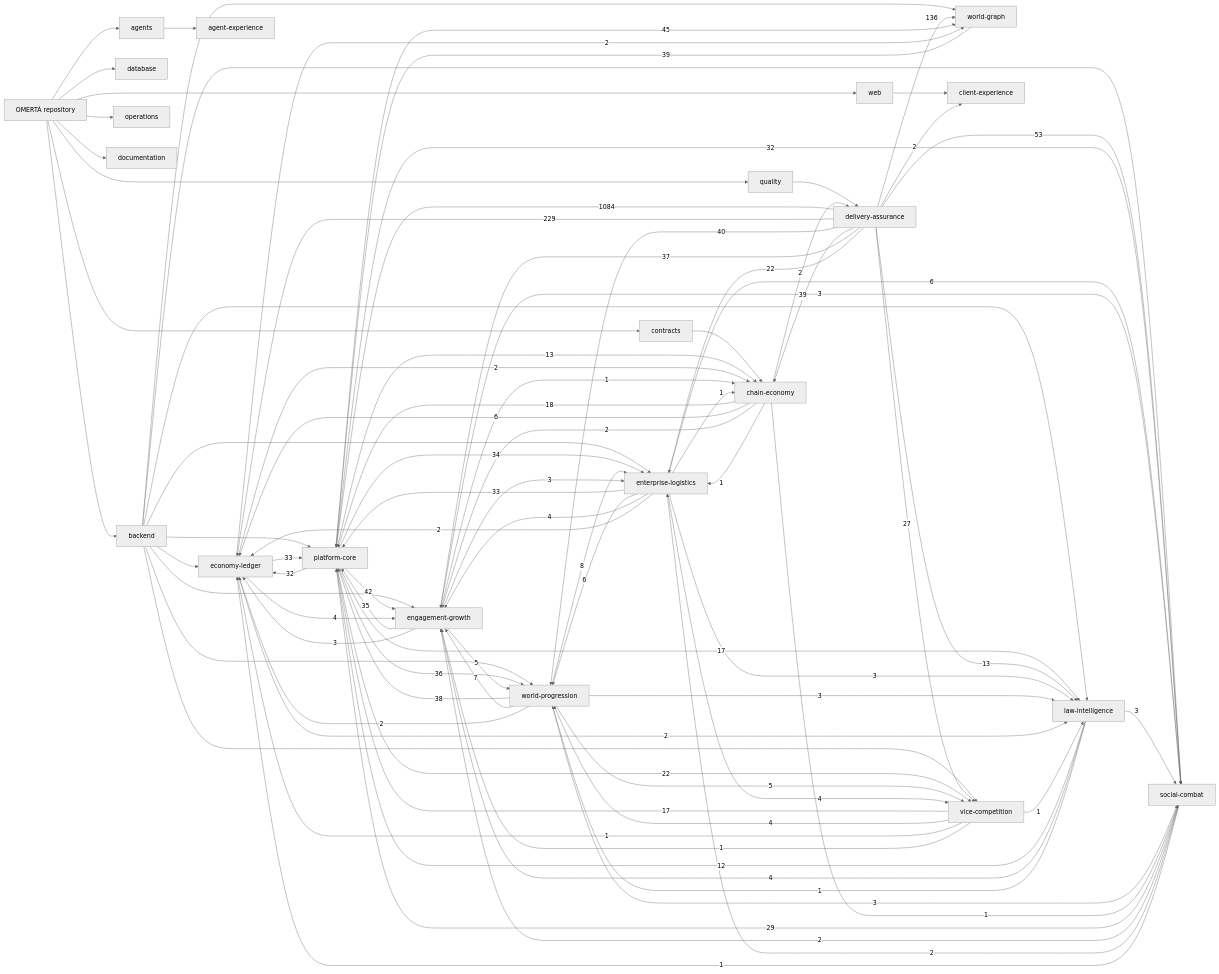
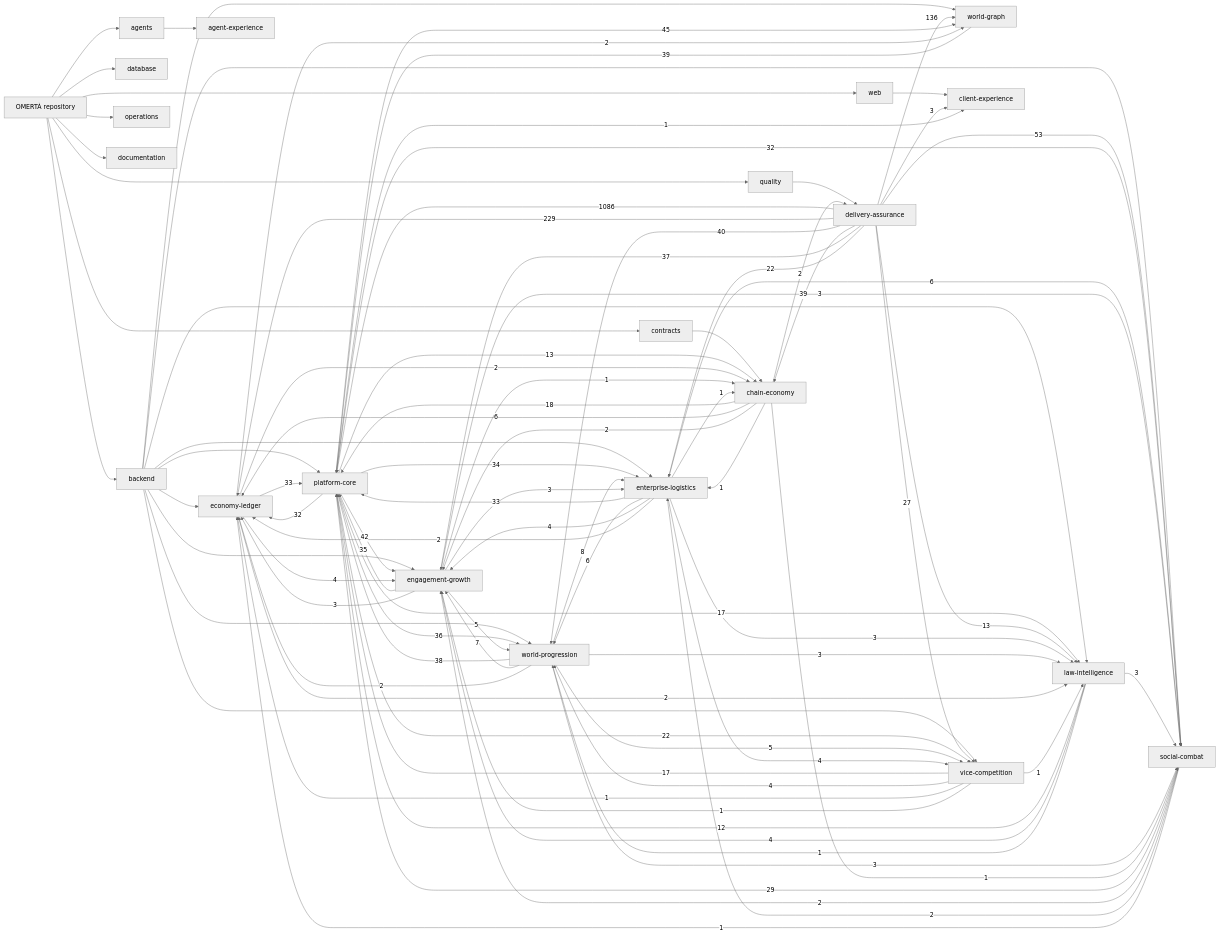
Before and after one commit to OmertaDev/Omerta: the diagram in knowledge/generated/graph.mmd, drawn with Mermaid (neutral theme). The commit also changed 6 other files, not shown here.

```diff
--- a/knowledge/generated/graph.mmd
+++ b/knowledge/generated/graph.mmd
@@ -1,110 +1,111 @@
 flowchart LR
   repo["OMERTÀ repository"]
   sub_backend["backend"]
   repo --> sub_backend
   sub_database["database"]
   repo --> sub_database
   sub_web["web"]
   repo --> sub_web
   sub_contracts["contracts"]
   repo --> sub_contracts
   sub_agents["agents"]
   repo --> sub_agents
   sub_quality["quality"]
   repo --> sub_quality
   sub_operations["operations"]
   repo --> sub_operations
   sub_documentation["documentation"]
   repo --> sub_documentation
   dom_platform-core["platform-core"]
   dom_economy-ledger["economy-ledger"]
   dom_social-combat["social-combat"]
   dom_world-progression["world-progression"]
   dom_world-graph["world-graph"]
   dom_enterprise-logistics["enterprise-logistics"]
   dom_vice-competition["vice-competition"]
   dom_law-intelligence["law-intelligence"]
   dom_chain-economy["chain-economy"]
   dom_engagement-growth["engagement-growth"]
   dom_client-experience["client-experience"]
   dom_agent-experience["agent-experience"]
   dom_delivery-assurance["delivery-assurance"]
   sub_agents --> dom_agent-experience
   sub_backend --> dom_economy-ledger
   sub_backend --> dom_engagement-growth
   sub_backend --> dom_enterprise-logistics
   sub_backend --> dom_law-intelligence
   sub_backend --> dom_platform-core
   sub_backend --> dom_social-combat
   sub_backend --> dom_vice-competition
   sub_backend --> dom_world-graph
   sub_backend --> dom_world-progression
   sub_contracts --> dom_chain-economy
   sub_quality --> dom_delivery-assurance
   sub_web --> dom_client-experience
-  dom_delivery-assurance -->|1084| dom_platform-core
+  dom_delivery-assurance -->|1086| dom_platform-core
   dom_delivery-assurance -->|229| dom_economy-ledger
   dom_delivery-assurance -->|136| dom_world-graph
   dom_delivery-assurance -->|53| dom_social-combat
   dom_platform-core -->|45| dom_world-graph
   dom_platform-core -->|42| dom_engagement-growth
   dom_delivery-assurance -->|40| dom_world-progression
   dom_delivery-assurance -->|39| dom_chain-economy
   dom_world-graph -->|39| dom_platform-core
   dom_world-progression -->|38| dom_platform-core
   dom_delivery-assurance -->|37| dom_engagement-growth
   dom_platform-core -->|36| dom_world-progression
   dom_engagement-growth -->|35| dom_platform-core
   dom_platform-core -->|34| dom_enterprise-logistics
   dom_economy-ledger -->|33| dom_platform-core
   dom_enterprise-logistics -->|33| dom_platform-core
   dom_platform-core -->|32| dom_economy-ledger
   dom_platform-core -->|32| dom_social-combat
   dom_social-combat -->|29| dom_platform-core
   dom_delivery-assurance -->|27| dom_vice-competition
   dom_delivery-assurance -->|22| dom_enterprise-logistics
   dom_platform-core -->|22| dom_vice-competition
   dom_chain-economy -->|18| dom_platform-core
   dom_platform-core -->|17| dom_law-intelligence
   dom_vice-competition -->|17| dom_platform-core
   dom_delivery-assurance -->|13| dom_law-intelligence
   dom_platform-core -->|13| dom_chain-economy
   dom_law-intelligence -->|12| dom_platform-core
   dom_world-progression -->|8| dom_enterprise-logistics
   dom_world-progression -->|7| dom_engagement-growth
   dom_chain-economy -->|6| dom_economy-ledger
   dom_enterprise-logistics -->|6| dom_social-combat
   dom_enterprise-logistics -->|6| dom_world-progression
   dom_engagement-growth -->|5| dom_world-progression
   dom_world-progression -->|5| dom_vice-competition
   dom_economy-ledger -->|4| dom_engagement-growth
   dom_enterprise-logistics -->|4| dom_engagement-growth
   dom_enterprise-logistics -->|4| dom_vice-competition
   dom_law-intelligence -->|4| dom_engagement-growth
   dom_vice-competition -->|4| dom_world-progression
+  dom_delivery-assurance -->|3| dom_client-experience
   dom_engagement-growth -->|3| dom_economy-ledger
   dom_engagement-growth -->|3| dom_enterprise-logistics
   dom_engagement-growth -->|3| dom_social-combat
   dom_enterprise-logistics -->|3| dom_law-intelligence
   dom_law-intelligence -->|3| dom_social-combat
   dom_world-progression -->|3| dom_law-intelligence
   dom_world-progression -->|3| dom_social-combat
   dom_chain-economy -->|2| dom_delivery-assurance
   dom_chain-economy -->|2| dom_engagement-growth
-  dom_delivery-assurance -->|2| dom_client-experience
   dom_economy-ledger -->|2| dom_chain-economy
   dom_economy-ledger -->|2| dom_law-intelligence
   dom_economy-ledger -->|2| dom_world-graph
   dom_enterprise-logistics -->|2| dom_economy-ledger
   dom_social-combat -->|2| dom_engagement-growth
   dom_social-combat -->|2| dom_enterprise-logistics
   dom_world-progression -->|2| dom_economy-ledger
   dom_chain-economy -->|1| dom_enterprise-logistics
   dom_chain-economy -->|1| dom_social-combat
   dom_engagement-growth -->|1| dom_chain-economy
   dom_enterprise-logistics -->|1| dom_chain-economy
   dom_law-intelligence -->|1| dom_world-progression
+  dom_platform-core -->|1| dom_client-experience
   dom_social-combat -->|1| dom_economy-ledger
   dom_vice-competition -->|1| dom_economy-ledger
   dom_vice-competition -->|1| dom_engagement-growth
   dom_vice-competition -->|1| dom_law-intelligence
```
